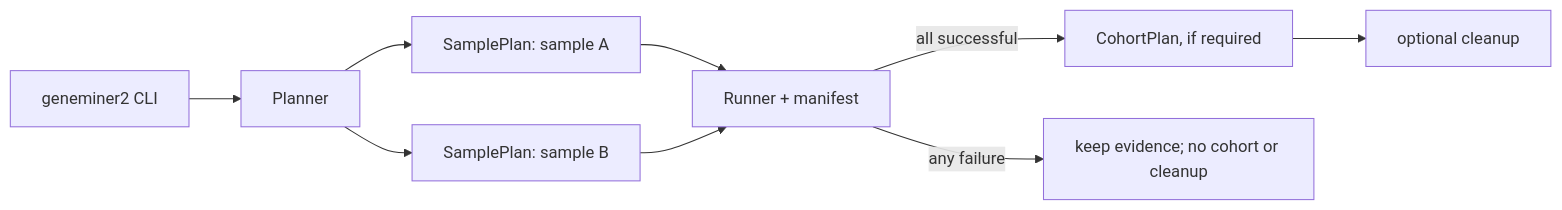
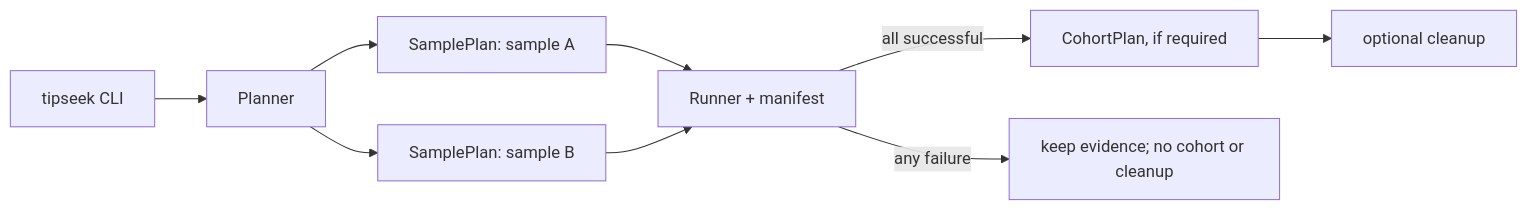
One commit to GUIBA-EX/TipSeek changed the diagram in docs/development/workflow-architecture.md. Above: the diagram before and after it, drawn with Mermaid. The commit also changed other lines of this file and 46 other files, not shown here.

````diff
--- a/docs/development/workflow-architecture.md
+++ b/docs/development/workflow-architecture.md
@@ -30,11 +30,11 @@
 ```mermaid
 flowchart LR
-  CLI[geneminer2 CLI] --> P[Planner]
+  CLI[tipseek CLI] --> P[Planner]
   P --> S1[SamplePlan: sample A]
   P --> S2[SamplePlan: sample B]
   S1 --> R[Runner + manifest]
   S2 --> R
   R -->|all successful| C[CohortPlan, if required]
   C --> K[optional cleanup]
   R -->|any failure| F[keep evidence; no cohort or cleanup]
 ```
````
